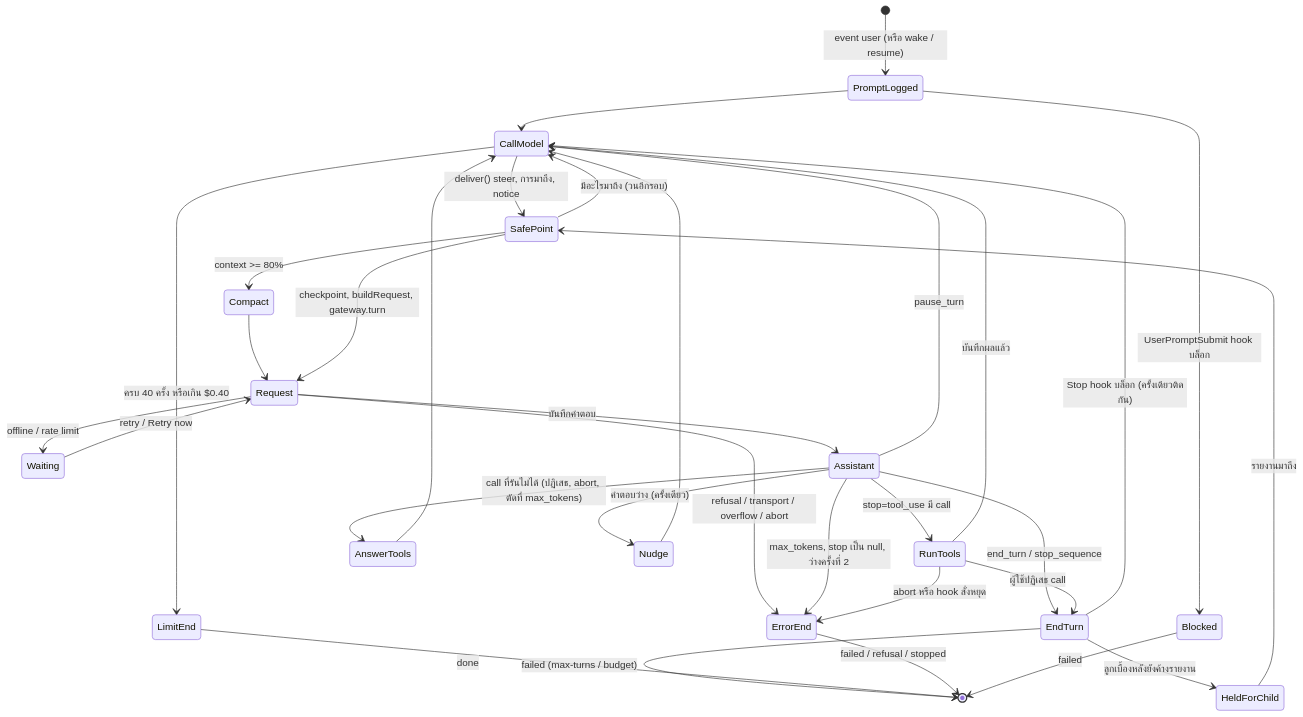
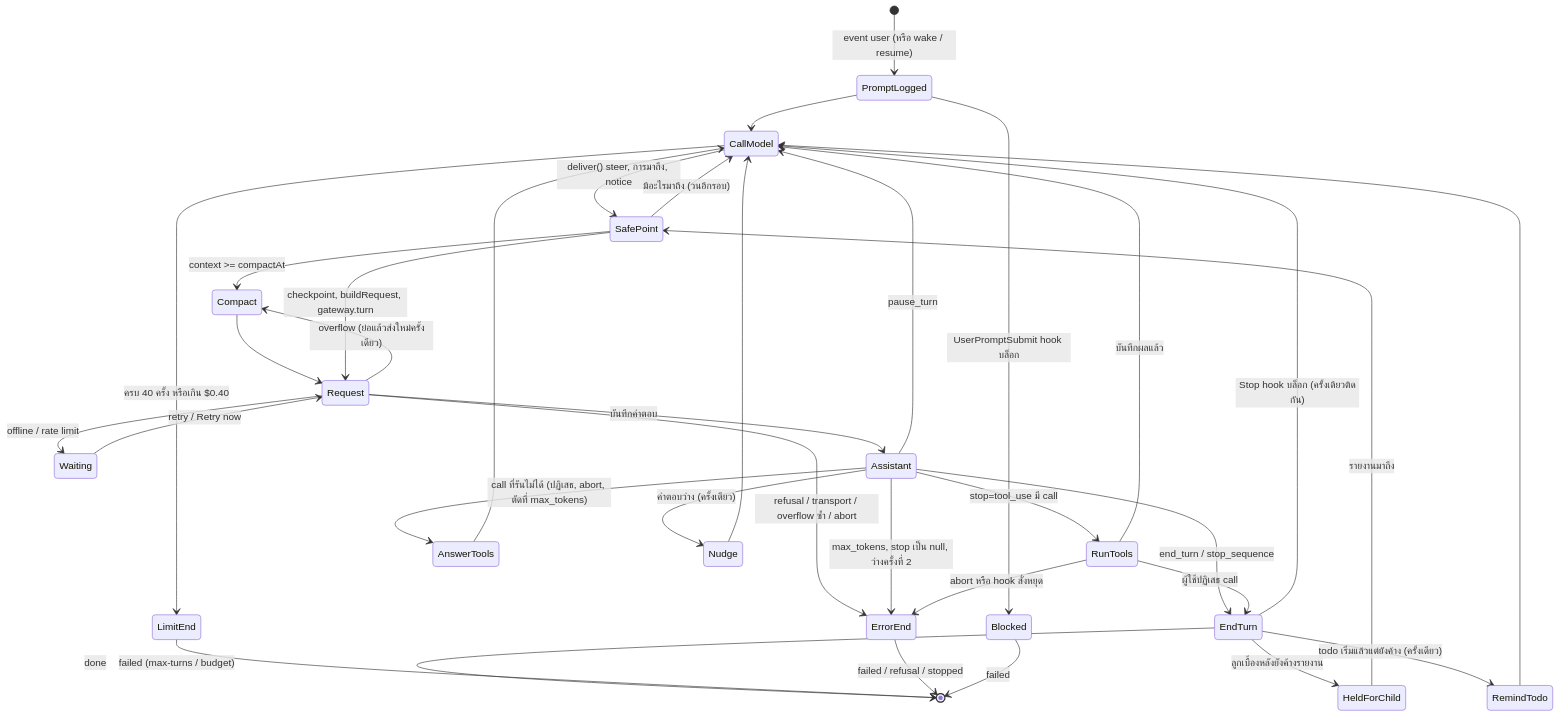
The diagram in packages/docs/src/content/docs/concepts/turn-state-machine.md (GA-MO/geno), drawn with Mermaid before and after one commit. The commit also changed other lines of this file and 224 other files, not shown here.

````diff
--- a/packages/docs/src/content/docs/concepts/turn-state-machine.md
+++ b/packages/docs/src/content/docs/concepts/turn-state-machine.md
@@ -10,34 +34,37 @@
 ```mermaid
 stateDiagram-v2
   [*] --> PromptLogged: event user (หรือ wake / resume)
   PromptLogged --> Blocked: UserPromptSubmit hook บล็อก
   PromptLogged --> CallModel
   CallModel --> SafePoint: deliver() steer, การมาถึง, notice
   SafePoint --> CallModel: มีอะไรมาถึง (วนอีกรอบ)
-  SafePoint --> Compact: context >= 80%
+  SafePoint --> Compact: context >= compactAt
   Compact --> Request
   SafePoint --> Request: checkpoint, buildRequest, gateway.turn
   Request --> Waiting: offline / rate limit
   Waiting --> Request: retry / Retry now
   Request --> Assistant: บันทึกคำตอบ
-  Request --> ErrorEnd: refusal / transport / overflow / abort
+  Request --> Compact: overflow (ย่อแล้วส่งใหม่ครั้งเดียว)
+  Request --> ErrorEnd: refusal / transport / overflow ซ้ำ / abort
   Assistant --> RunTools: stop=tool_use มี call
   Assistant --> AnswerTools: call ที่รันไม่ได้ (ปฏิเสธ, abort, ตัดที่ max_tokens)
   Assistant --> Nudge: คำตอบว่าง (ครั้งเดียว)
   Assistant --> CallModel: pause_turn
   Assistant --> EndTurn: end_turn / stop_sequence
   Assistant --> ErrorEnd: max_tokens, stop เป็น null, ว่างครั้งที่ 2
   RunTools --> CallModel: บันทึกผลแล้ว
   RunTools --> EndTurn: ผู้ใช้ปฏิเสธ call
   RunTools --> ErrorEnd: abort หรือ hook สั่งหยุด
   AnswerTools --> CallModel
   Nudge --> CallModel
   CallModel --> LimitEnd: ครบ 40 ครั้ง หรือเกิน $0.40
   EndTurn --> HeldForChild: ลูกเบื้องหลังยังค้างรายงาน
   HeldForChild --> SafePoint: รายงานมาถึง
+  EndTurn --> RemindTodo: todo เริ่มแล้วแต่ยังค้าง (ครั้งเดียว)
+  RemindTodo --> CallModel
   EndTurn --> CallModel: Stop hook บล็อก (ครั้งเดียวติดกัน)
   EndTurn --> [*]: done
   LimitEnd --> [*]: failed (max-turns / budget)
   ErrorEnd --> [*]: failed / refusal / stopped
   Blocked --> [*]: failed
 ```
````
